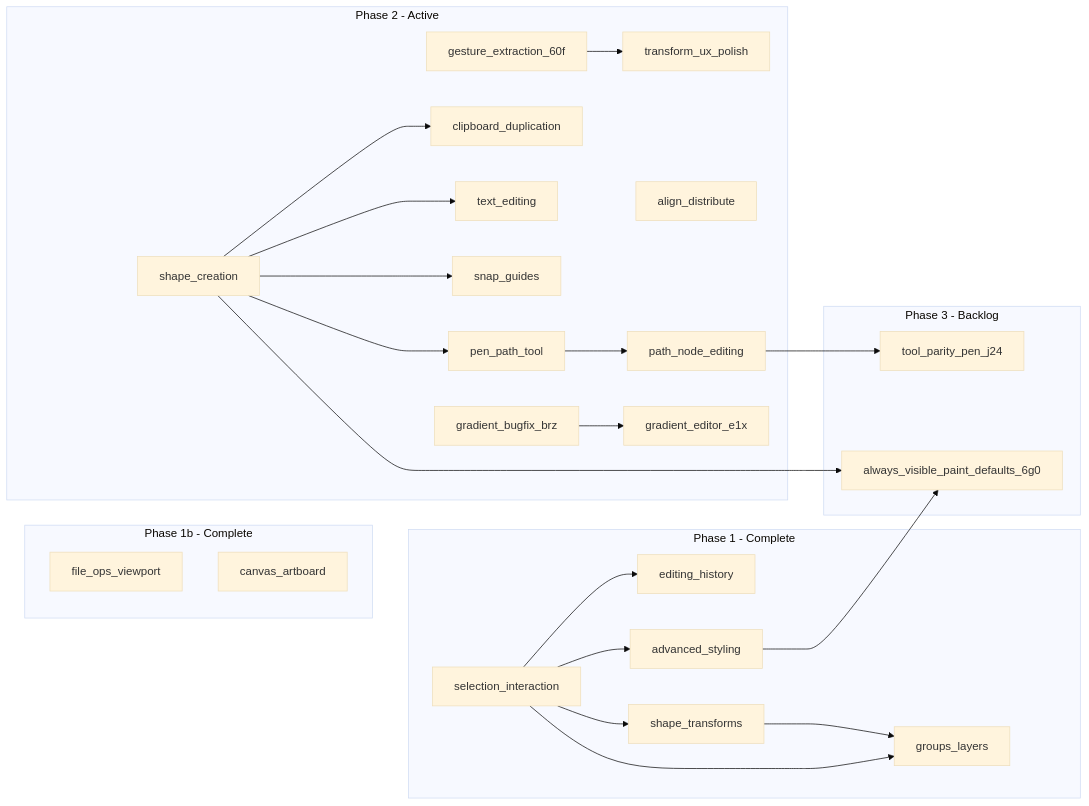
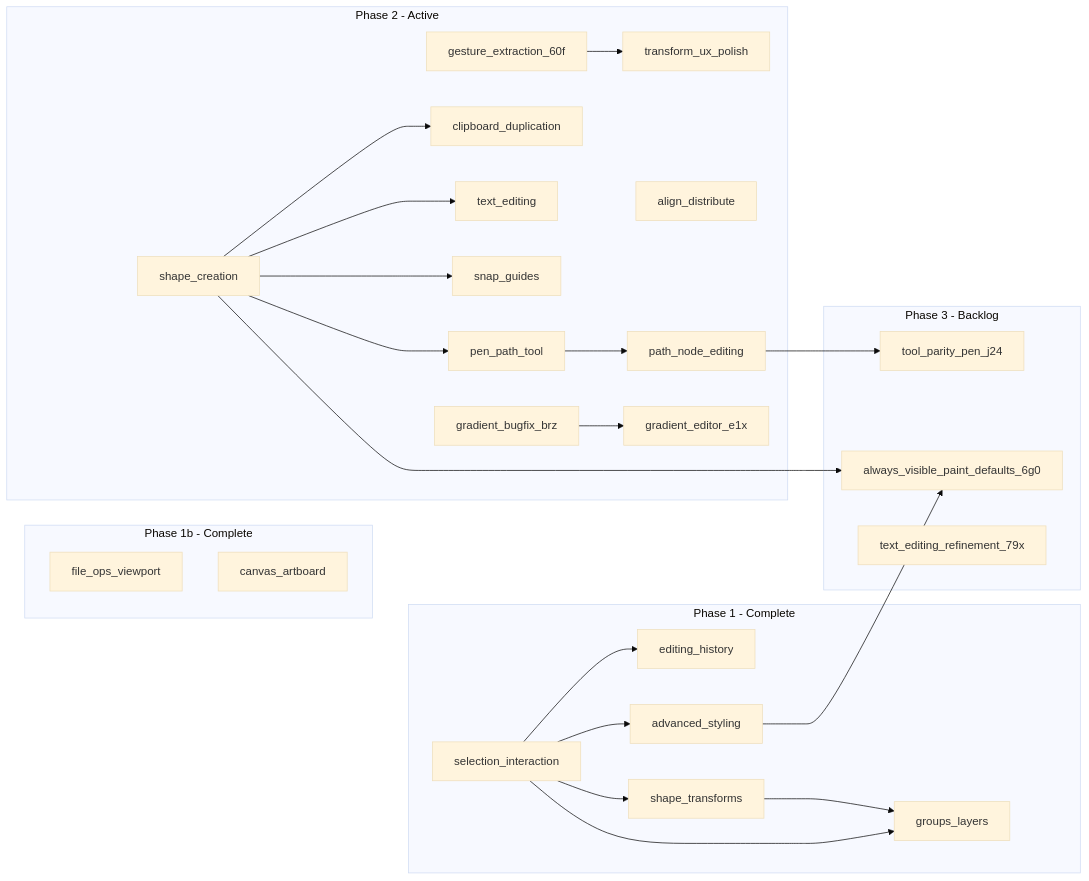
One commit to nbeckindy/svg-editor changed the diagram in plans/ROADMAP.md. Above: the diagram before and after it, drawn with Mermaid (base theme). The commit also changed other lines of this file and 1 other file, not shown here.

First line of the commit message:
docs(roadmap): text editing refinement epic plan and beads 79x

````diff
--- a/plans/ROADMAP.md
+++ b/plans/ROADMAP.md
@@ -95,50 +106,51 @@
 ```mermaid
 flowchart LR
   subgraph phase1 [Phase 1 - Complete]
     e1[selection_interaction]
     e2[editing_history]
     e3[shape_transforms]
     e4[groups_layers]
     e5[advanced_styling]
     e1 --> e2
     e1 --> e3
     e1 --> e4
     e3 --> e4
     e1 --> e5
   end
 
   subgraph phase1b [Phase 1b - Complete]
     e9[file_ops_viewport]
     e14[canvas_artboard]
   end
 
   subgraph phase2 [Phase 2 - Active]
     refactor[gesture_extraction_60f]
     e6[transform_ux_polish]
     e7[shape_creation]
     e8[clipboard_duplication]
     e10[text_editing]
     e11[align_distribute]
     e12[snap_guides]
     e13[pen_path_tool]
     e15[path_node_editing]
     bugfix_brz[gradient_bugfix_brz]
     gradient_e1x[gradient_editor_e1x]
     refactor --> e6
     e7 --> e8
     e7 --> e10
     e7 --> e12
     e7 --> e13
     e13 --> e15
     bugfix_brz --> gradient_e1x
   end
 
   subgraph phase3 [Phase 3 - Backlog]
     e17[tool_parity_pen_j24]
     e18[always_visible_paint_defaults_6g0]
+    e20[text_editing_refinement_79x]
   end
 
   e15 --> e17
   e5 --> e18
   e7 --> e18
 ```
````
